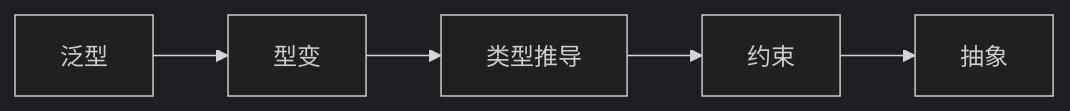
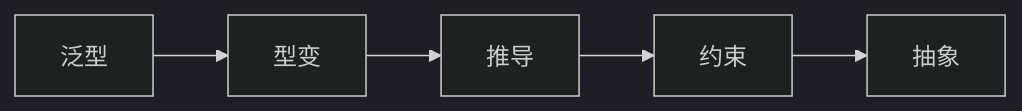
The diagram in 基础知识/编程语言/泛型与类型系统.md (tghrxxxyyy/knowledge-base), drawn with Mermaid (dark theme) before and after one commit. The commit also changed other lines of this file and 385 other files, not shown here.

````diff
--- a/基础知识/编程语言/泛型与类型系统.md
+++ b/基础知识/编程语言/泛型与类型系统.md
@@ -19,9 +19,9 @@
 ```mermaid
 flowchart LR
     A[泛型]
     B[型变]
-    C[类型推导]
+    C[推导]
     D[约束]
     E[抽象]
     A --> B --> C --> D --> E
 ```
````
